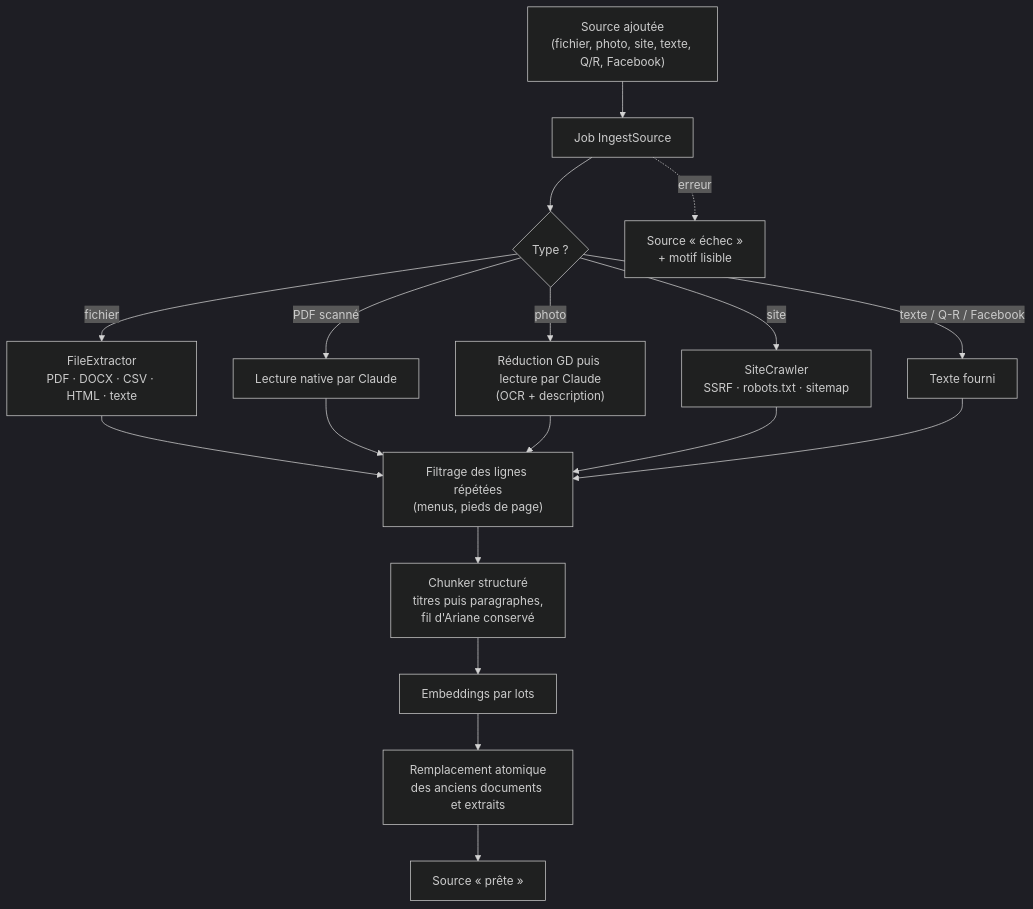
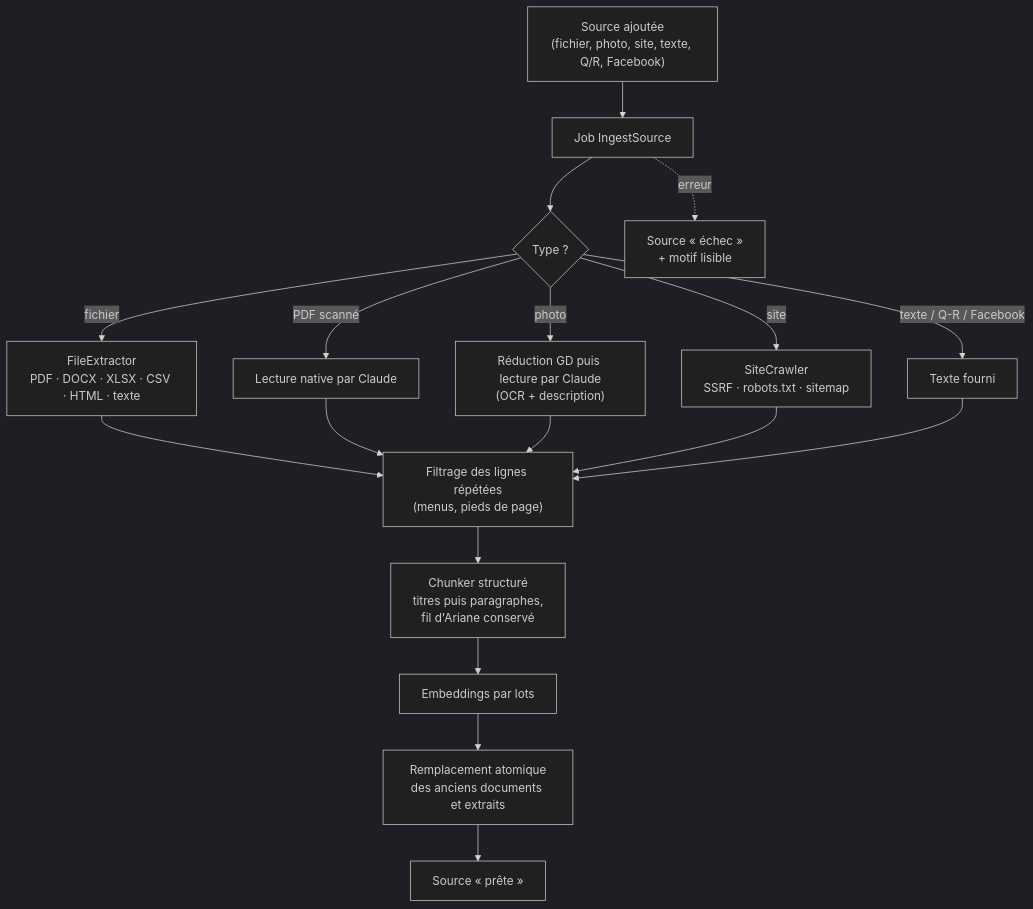
Before and after one commit to jino67/chatbot-fa: the third of 4 diagrams in docs/ARCHITECTURE.md, drawn with Mermaid (dark theme). The commit also changed other lines of this file and 222 other files, not shown here.

````diff
--- a/docs/ARCHITECTURE.md
+++ b/docs/ARCHITECTURE.md
@@ -86,16 +86,16 @@
 ```mermaid
 flowchart TD
     A["Source ajoutée<br/>(fichier, photo, site, texte, Q/R, Facebook)"] --> B["Job IngestSource"]
     B --> C{"Type ?"}
-    C -->|fichier| D["FileExtractor<br/>PDF · DOCX · CSV · HTML · texte"]
+    C -->|fichier| D["FileExtractor<br/>PDF · DOCX · XLSX · CSV · HTML · texte"]
     C -->|"PDF scanné"| E["Lecture native par Claude"]
     C -->|photo| F["Réduction GD puis lecture par Claude<br/>(OCR + description)"]
     C -->|site| G["SiteCrawler<br/>SSRF · robots.txt · sitemap"]
     C -->|"texte / Q-R / Facebook"| H["Texte fourni"]
     D & E & F & G & H --> I["Filtrage des lignes répétées<br/>(menus, pieds de page)"]
     I --> J["Chunker structuré<br/>titres puis paragraphes,<br/>fil d'Ariane conservé"]
     J --> K["Embeddings par lots"]
     K --> L["Remplacement atomique<br/>des anciens documents et extraits"]
     L --> M["Source « prête »"]
     B -.->|erreur| N["Source « échec »<br/>+ motif lisible"]
 ```
````
